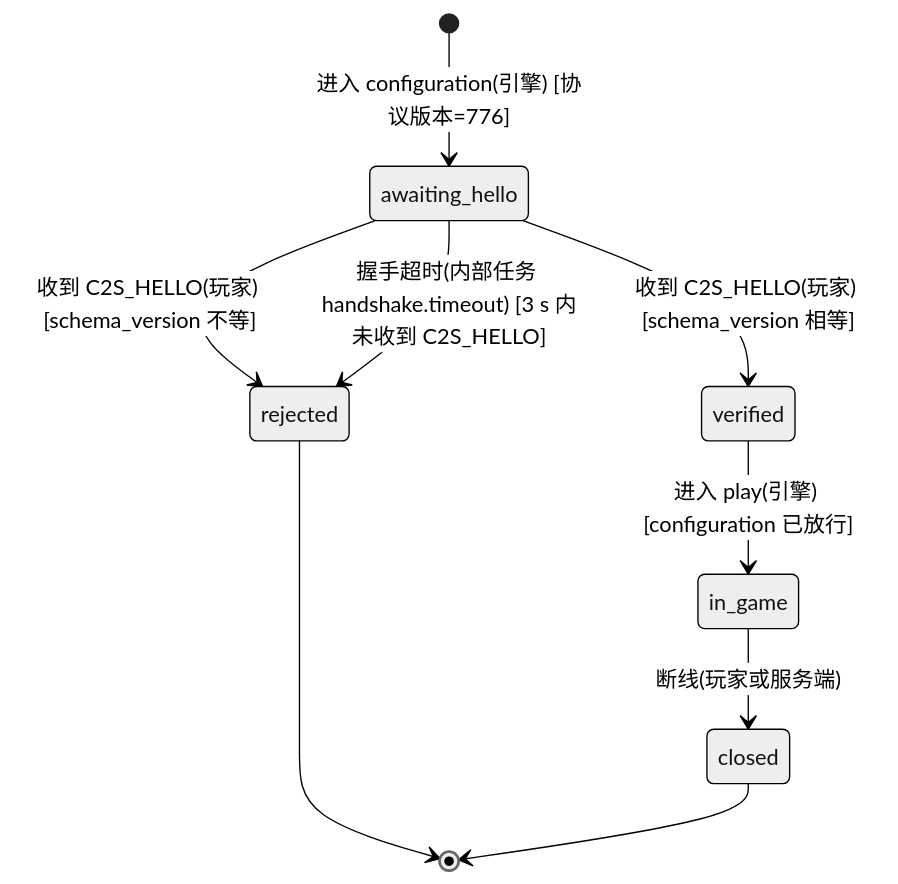
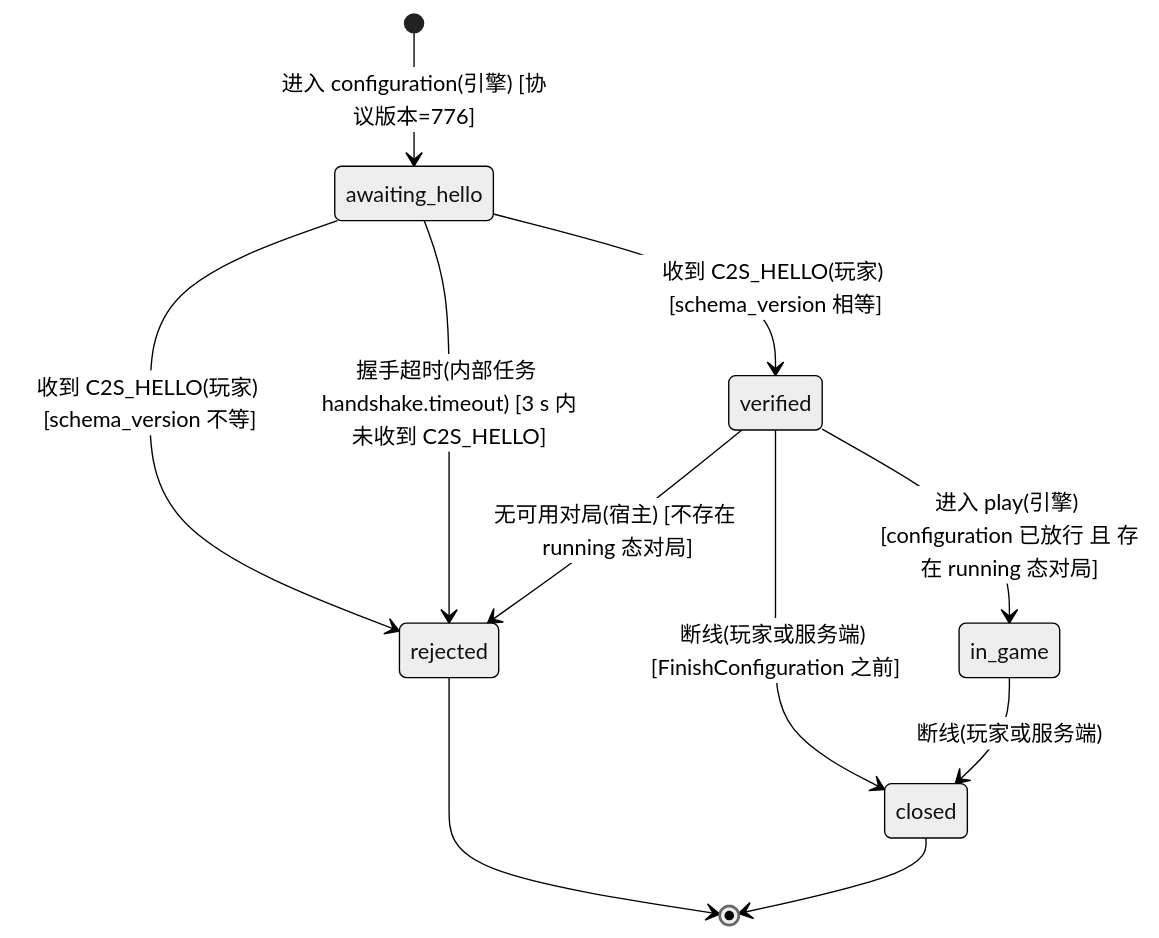
Before and after one commit to Bearisbug/synaxis: the third of 9 diagrams in docs/DESIGN-M2.md, drawn with Mermaid (neutral theme). The commit also changed other lines of this file and 2 other files, not shown here.

````diff
--- a/docs/DESIGN-M2.md
+++ b/docs/DESIGN-M2.md
@@ -380,11 +396,13 @@
 ```mermaid
 stateDiagram-v2
   [*] --> awaiting_hello : 进入 configuration(引擎) [协议版本=776]
   awaiting_hello --> verified : 收到 C2S_HELLO(玩家) [schema_version 相等]
   awaiting_hello --> rejected : 收到 C2S_HELLO(玩家) [schema_version 不等]
   awaiting_hello --> rejected : 握手超时(内部任务 handshake.timeout) [3 s 内未收到 C2S_HELLO]
-  verified --> in_game : 进入 play(引擎) [configuration 已放行]
+  verified --> in_game : 进入 play(引擎) [configuration 已放行 且 存在 running 态对局]
+  verified --> rejected : 无可用对局(宿主) [不存在 running 态对局]
+  verified --> closed : 断线(玩家或服务端) [FinishConfiguration 之前]
   in_game --> closed : 断线(玩家或服务端)
   rejected --> [*]
   closed --> [*]
 ```
````
